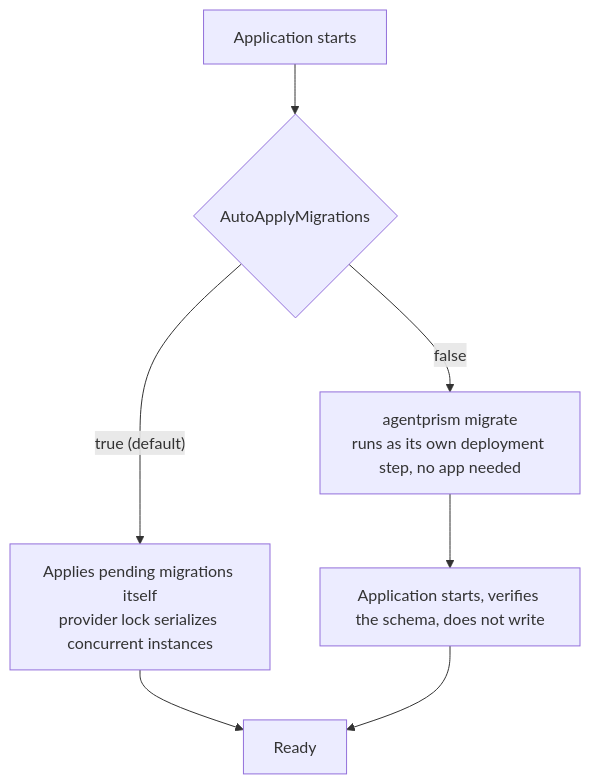
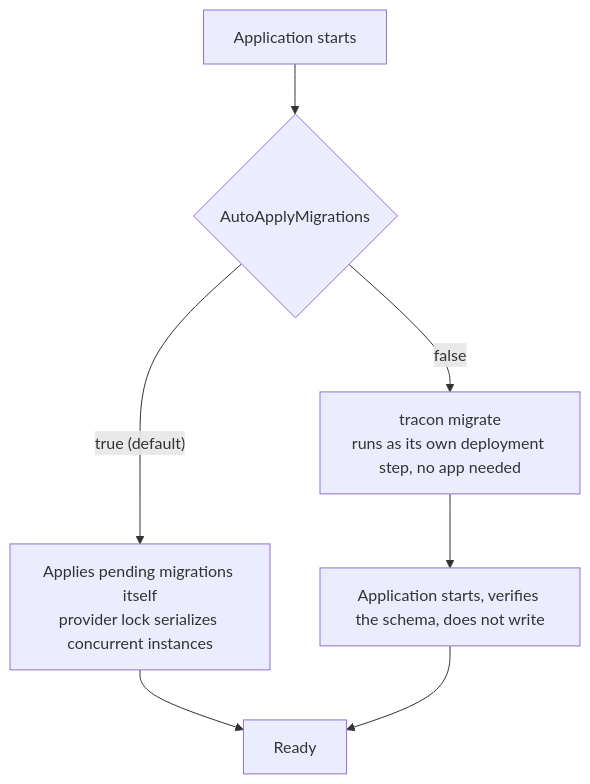
One commit to farukatasoy/Tracon changed the diagram in docs-site/src/content/docs/getting-started/persistence.md. Above: the diagram before and after it, drawn with Mermaid. The commit also changed other lines of this file and 4170 other files, not shown here.

````diff
--- a/docs-site/src/content/docs/getting-started/persistence.md
+++ b/docs-site/src/content/docs/getting-started/persistence.md
@@ -112,11 +112,11 @@
 ```mermaid
 flowchart TD
     accTitle: Two ways a migration is applied
-    accDescr: With AutoApplyMigrations true, the application applies pending migrations itself at startup. With it false, a separate agentprism migrate step applies the schema first, and the application only verifies it before starting.
+    accDescr: With AutoApplyMigrations true, the application applies pending migrations itself at startup. With it false, a separate tracon migrate step applies the schema first, and the application only verifies it before starting.
     START["Application starts"] --> CHECK{"AutoApplyMigrations"}
     CHECK -->|"true (default)"| APPLY["Applies pending migrations itself<br/>provider lock serializes concurrent instances"]
-    CHECK -->|"false"| SEPARATE["agentprism migrate<br/>runs as its own deployment step, no app needed"]
+    CHECK -->|"false"| SEPARATE["tracon migrate<br/>runs as its own deployment step, no app needed"]
     SEPARATE --> APP2["Application starts, verifies the schema, does not write"]
     APPLY --> READY["Ready"]
     APP2 --> READY
 ```
````
